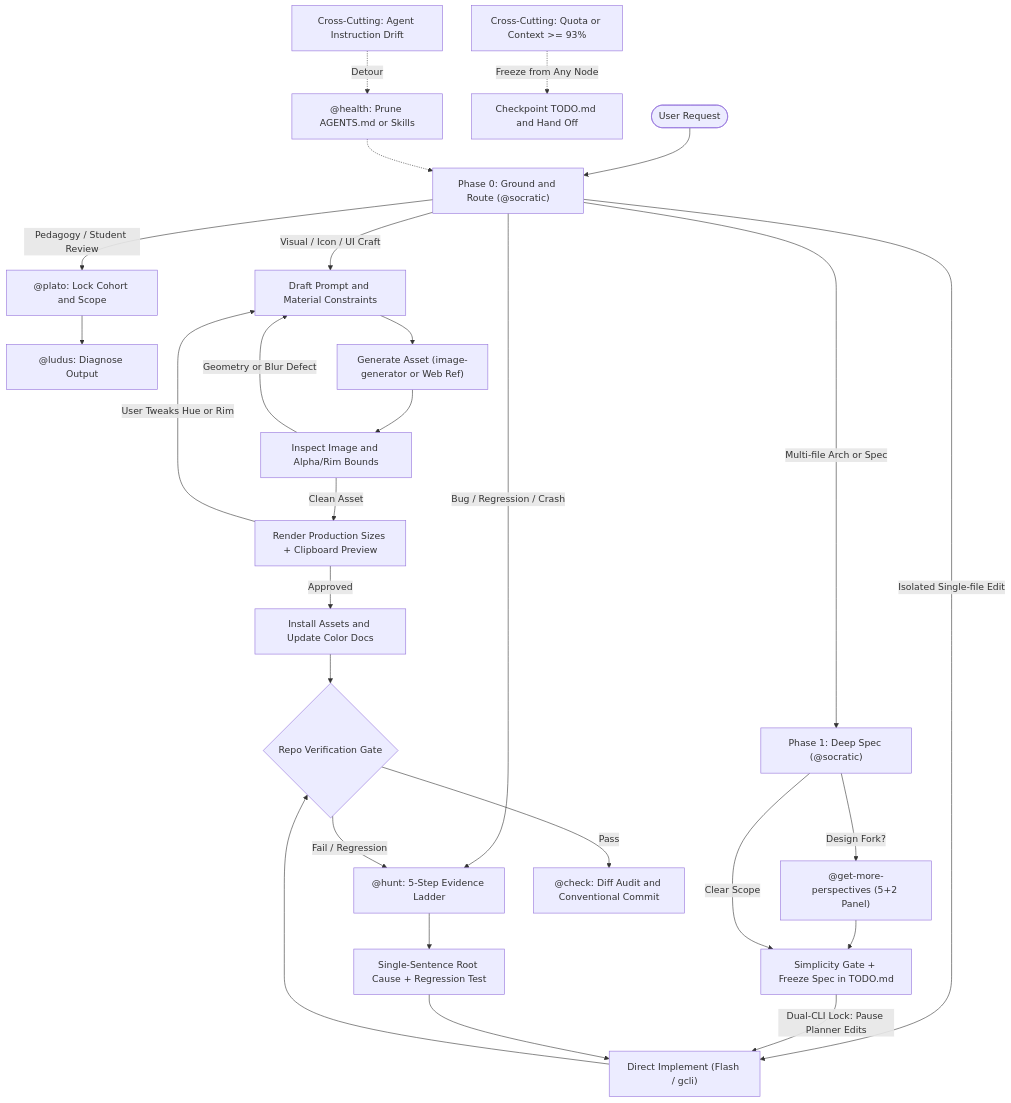
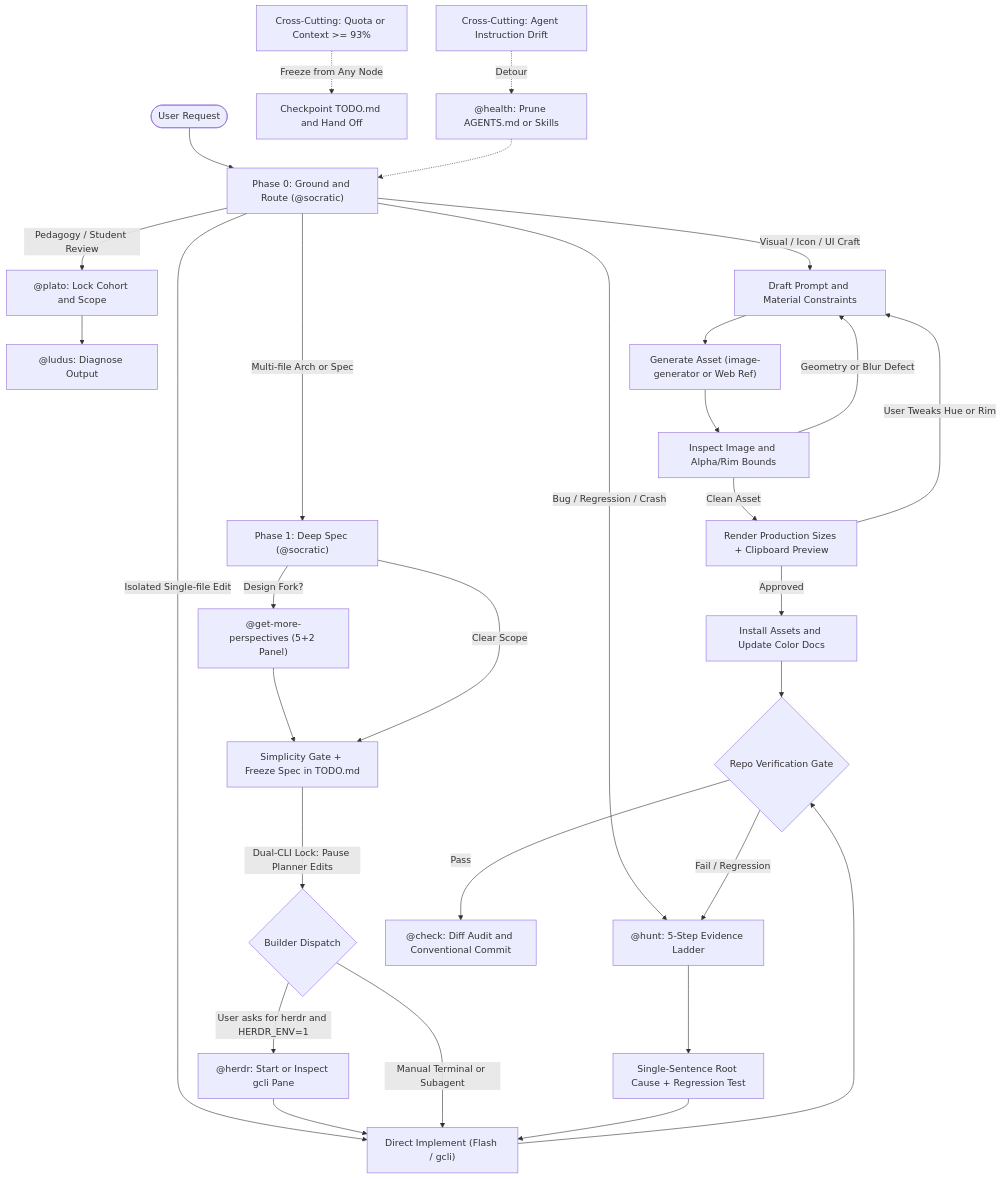
Before and after one commit to leporuid/nix-dotfiles: the diagram in config/llms/skills/RESOLVER.md, drawn with Mermaid. The commit also changed other lines of this file, not shown here.

Commit message:
docs(skills): wire herdr pane dispatch into unified graph workflow

````diff
--- a/config/llms/skills/RESOLVER.md
+++ b/config/llms/skills/RESOLVER.md
@@ -61,31 +61,33 @@
 ```mermaid
 flowchart TD
     Start(["User Request"]) --> P0["Phase 0: Ground and Route (@socratic)"]
 
     P0 -->|"Visual / Icon / UI Craft"| V1["Draft Prompt and Material Constraints"]
     P0 -->|"Multi-file Arch or Spec"| A1["Phase 1: Deep Spec (@socratic)"]
     P0 -->|"Bug / Regression / Crash"| H1["@hunt: 5-Step Evidence Ladder"]
     P0 -->|"Isolated Single-file Edit"| B2["Direct Implement (Flash / gcli)"]
     P0 -->|"Pedagogy / Student Review"| T1["@plato: Lock Cohort and Scope"] --> T2["@ludus: Diagnose Output"]
 
     V1 --> V2["Generate Asset (image-generator or Web Ref)"]
     V2 --> V3["Inspect Image and Alpha/Rim Bounds"]
     V3 -->|"Geometry or Blur Defect"| V1
     V3 -->|"Clean Asset"| V4["Render Production Sizes + Clipboard Preview"]
     V4 -->|"User Tweaks Hue or Rim"| V1
     V4 -->|"Approved"| V5["Install Assets and Update Color Docs"] --> Gate
 
     A1 -->|"Design Fork?"| Persp["@get-more-perspectives (5+2 Panel)"] --> A2
     A1 -->|"Clear Scope"| A2["Simplicity Gate + Freeze Spec in TODO.md"]
-    A2 -->|"Dual-CLI Lock: Pause Planner Edits"| B2
+    A2 -->|"Dual-CLI Lock: Pause Planner Edits"| Handoff{"Builder Dispatch"}
+    Handoff -->|"User asks for herdr and HERDR_ENV=1"| Herdr["@herdr: Start or Inspect gcli Pane"] --> B2
+    Handoff -->|"Manual Terminal or Subagent"| B2
     B2 --> Gate
 
     H1 --> H2["Single-Sentence Root Cause + Regression Test"] --> B2
 
     Gate{"Repo Verification Gate"}
     Gate -->|"Fail / Regression"| H1
     Gate -->|"Pass"| Check["@check: Diff Audit and Conventional Commit"]
 
     Guard["Cross-Cutting: Quota or Context >= 93%"] -.->|"Freeze from Any Node"| Handover["Checkpoint TODO.md and Hand Off"]
     Drift["Cross-Cutting: Agent Instruction Drift"] -.->|"Detour"| Health["@health: Prune AGENTS.md or Skills"] -.-> P0
 ```
````
